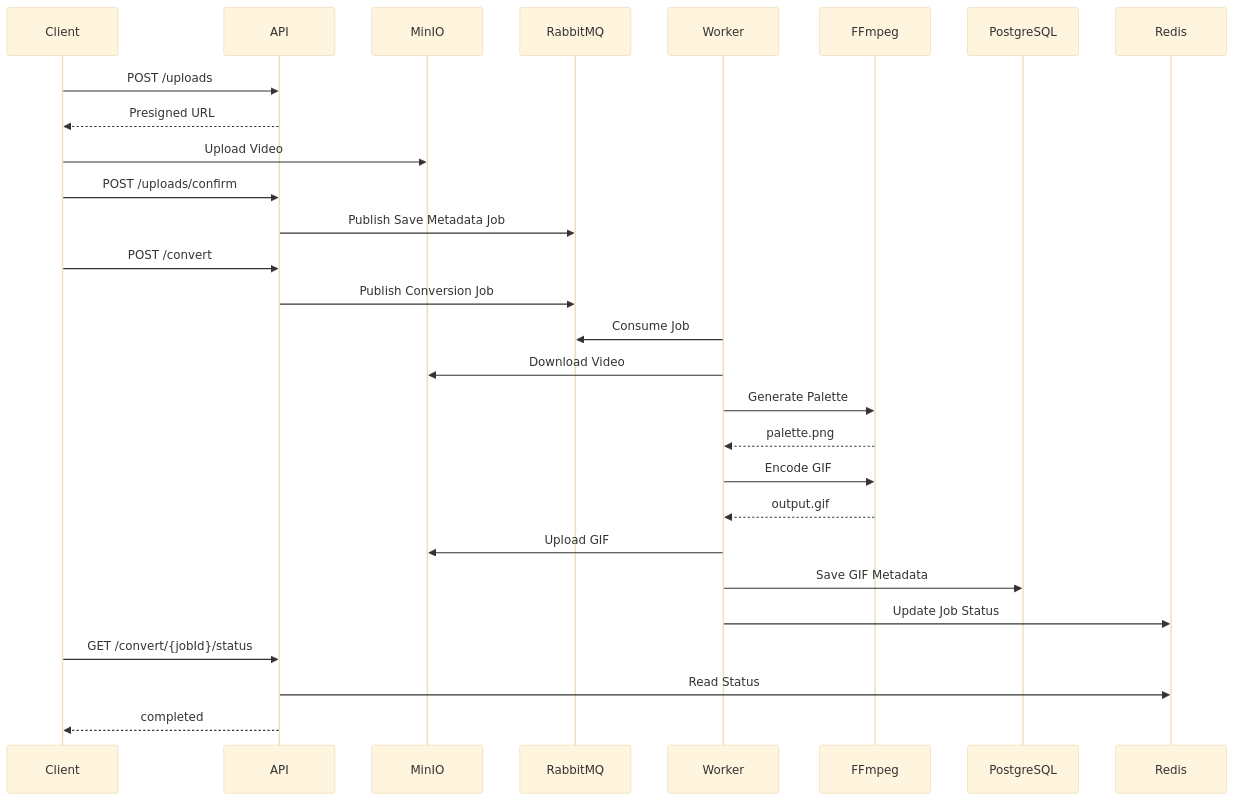
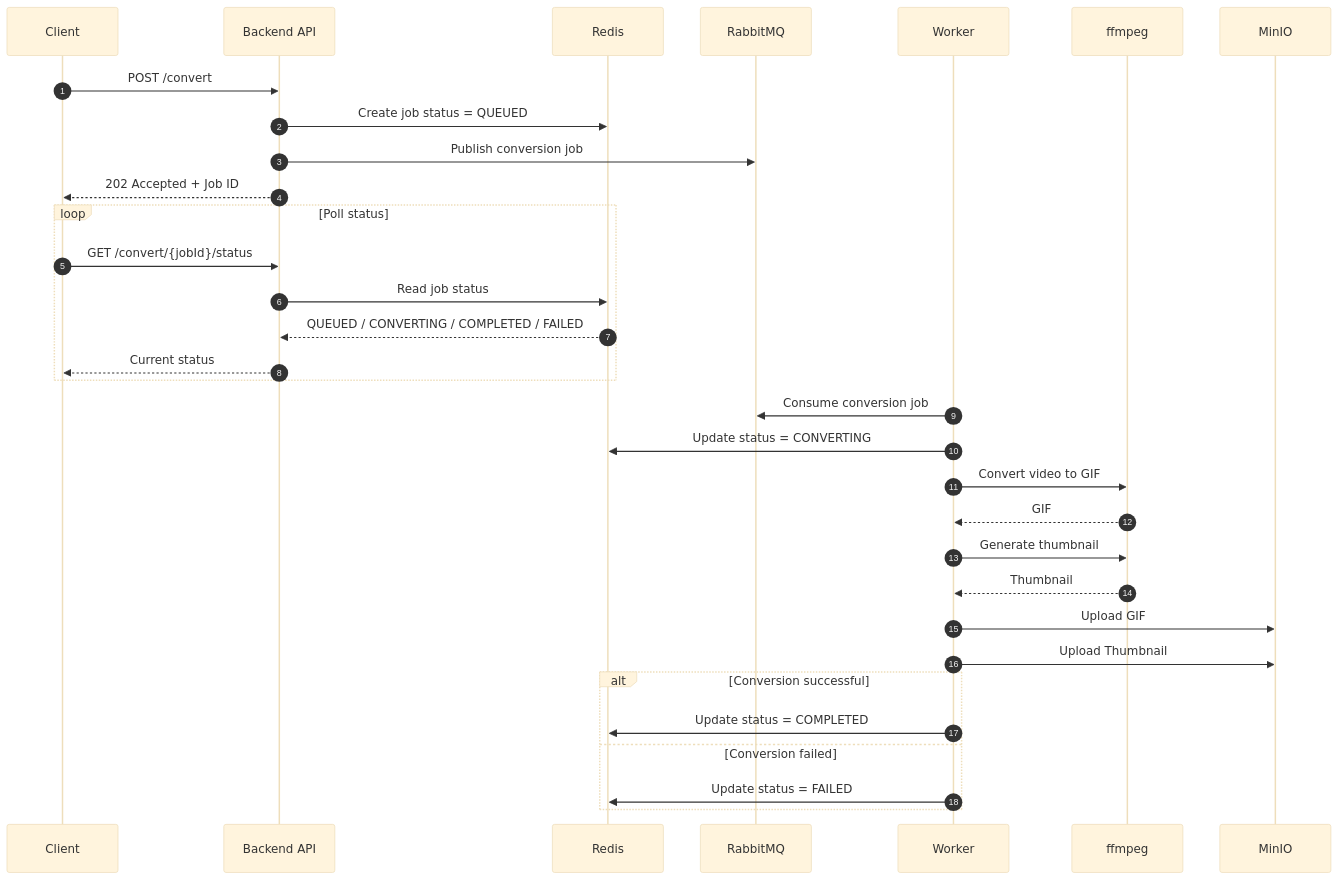
The third of 3 diagrams in README.md (labib0x9/FFgif), drawn with Mermaid (base theme) before and after one commit. The commit also changed other lines of this file, not shown here.

Commit message:
docs: modified diagram of video converting

````diff
--- a/README.md
+++ b/README.md
@@ -129,50 +132,43 @@
 ```mermaid
 sequenceDiagram
+    autonumber
 
     participant Client
-    participant API
-    participant MinIO
+    participant API as Backend API
+    participant Redis
     participant RabbitMQ
     participant Worker
-    participant FFmpeg
-    participant PostgreSQL
-    participant Redis
-
-    Client->>API: POST /uploads
-
-    API-->>Client: Presigned URL
-
-    Client->>MinIO: Upload Video
-
-    Client->>API: POST /uploads/confirm
-
-    API->>RabbitMQ: Publish Save Metadata Job
+    participant FFmpeg as ffmpeg
+    participant MinIO
 
     Client->>API: POST /convert
+    API->>Redis: Create job status = QUEUED
+    API->>RabbitMQ: Publish conversion job
+    API-->>Client: 202 Accepted + Job ID
 
-    API->>RabbitMQ: Publish Conversion Job
+    loop Poll status
+        Client->>API: GET /convert/{jobId}/status
+        API->>Redis: Read job status
+        Redis-->>API: QUEUED / CONVERTING / COMPLETED / FAILED
+        API-->>Client: Current status
+    end
 
-    Worker->>RabbitMQ: Consume Job
+    Worker->>RabbitMQ: Consume conversion job
 
-    Worker->>MinIO: Download Video
+    Worker->>Redis: Update status = CONVERTING
 
-    Worker->>FFmpeg: Generate Palette
+    Worker->>FFmpeg: Convert video to GIF
+    FFmpeg-->>Worker: GIF
 
-    FFmpeg-->>Worker: palette.png
-
-    Worker->>FFmpeg: Encode GIF
-
-    FFmpeg-->>Worker: output.gif
+    Worker->>FFmpeg: Generate thumbnail
+    FFmpeg-->>Worker: Thumbnail
 
     Worker->>MinIO: Upload GIF
+    Worker->>MinIO: Upload Thumbnail
 
-    Worker->>PostgreSQL: Save GIF Metadata
-
-    Worker->>Redis: Update Job Status
-
-    Client->>API: GET /convert/{jobId}/status
-
-    API->>Redis: Read Status
-
-    API-->>Client: completed
+    alt Conversion successful
+        Worker->>Redis: Update status = COMPLETED
+    else Conversion failed
+        Worker->>Redis: Update status = FAILED
+    end
 ```
````
